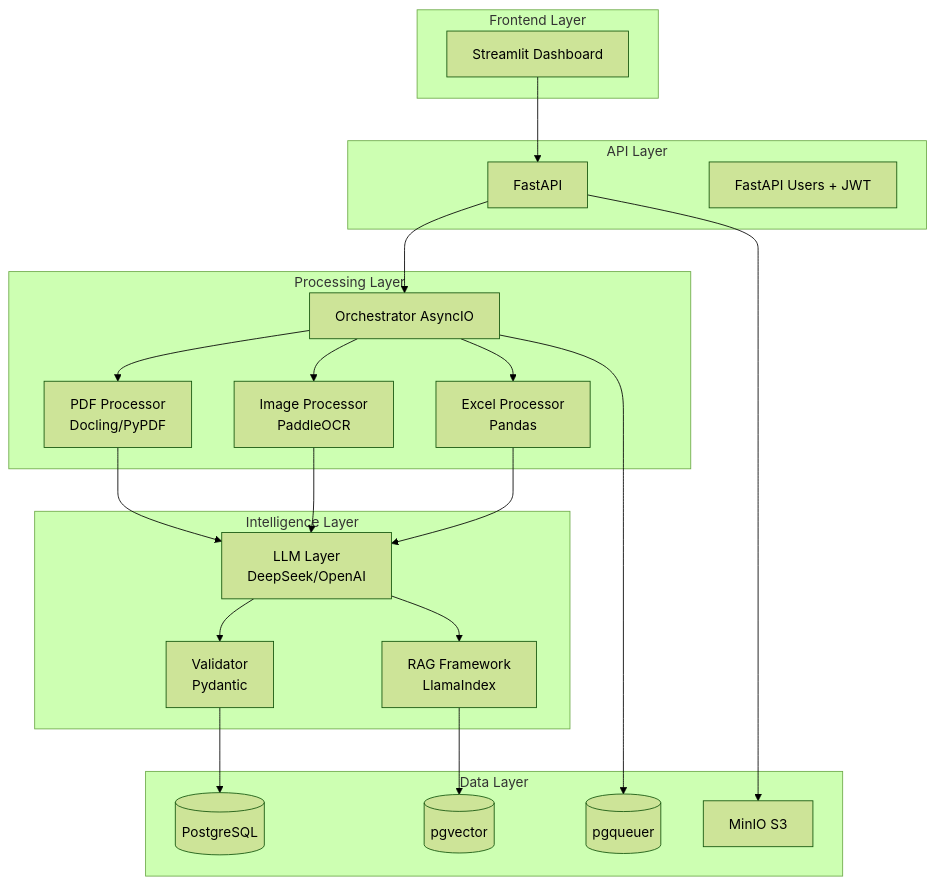
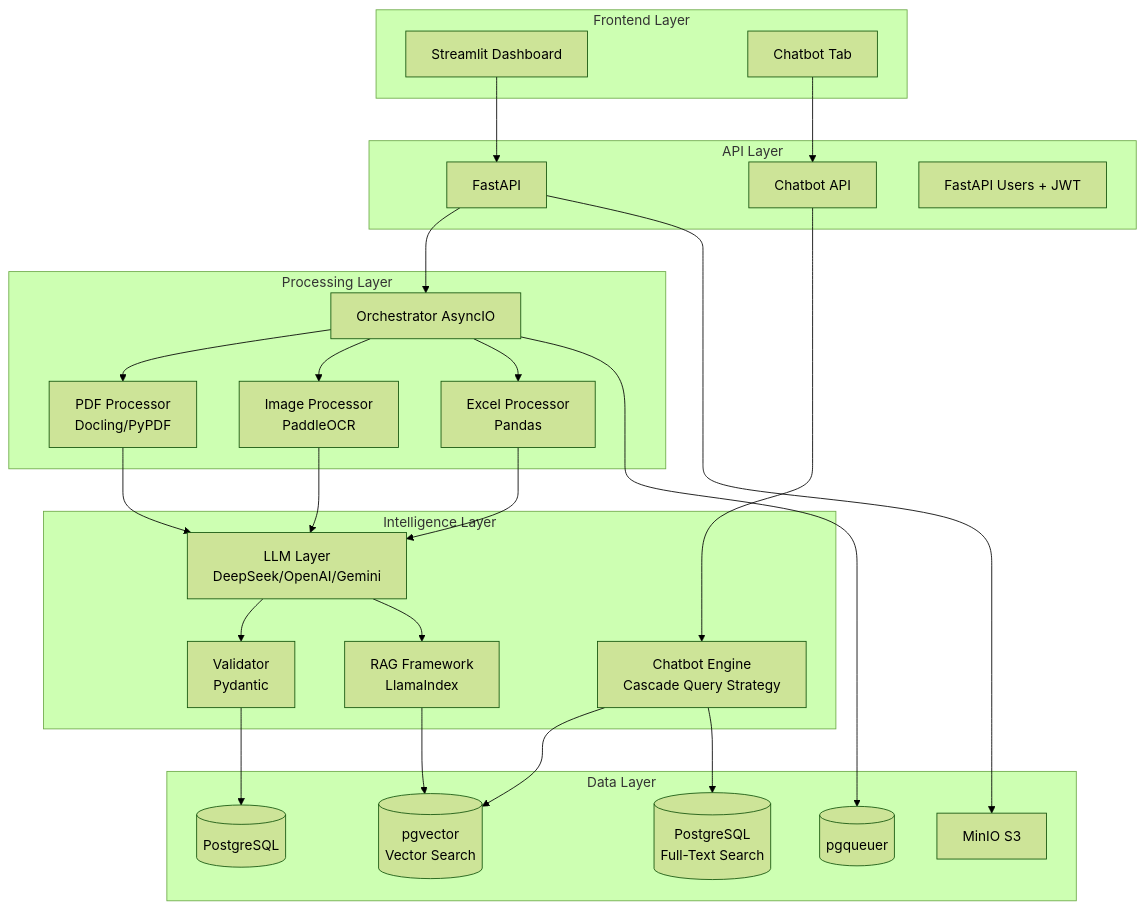
Before and after one commit to klam55108-oss/AI-Document-Invoice-System-with-OCR: the first of 2 diagrams in docs/tech-stack.md, drawn with Mermaid (forest theme). The commit also changed other lines of this file and 5 other files, not shown here.

Commit message:
docs: Add query strategy analysis and update documentation with workflow diagrams

````diff
--- a/docs/tech-stack.md
+++ b/docs/tech-stack.md
@@ -9,46 +9,54 @@
 ```mermaid
 graph TB
     subgraph "Frontend Layer"
         UI[Streamlit Dashboard]
+        Chat[Chatbot Tab]
     end
     
     subgraph "API Layer"
         API[FastAPI]
+        ChatAPI[Chatbot API]
         Auth[FastAPI Users + JWT]
     end
     
     subgraph "Processing Layer"
         Orch[Orchestrator AsyncIO]
         PDF[PDF Processor<br/>Docling/PyPDF]
         IMG[Image Processor<br/>PaddleOCR]
         XLS[Excel Processor<br/>Pandas]
     end
     
     subgraph "Intelligence Layer"
-        LLM[LLM Layer<br/>DeepSeek/OpenAI]
+        LLM[LLM Layer<br/>DeepSeek/OpenAI/Gemini]
         RAG[RAG Framework<br/>LlamaIndex]
+        ChatEngine[Chatbot Engine<br/>Cascade Query Strategy]
         Valid[Validator<br/>Pydantic]
     end
     
     subgraph "Data Layer"
         PG[(PostgreSQL)]
-        Vec[(pgvector)]
+        Vec[(pgvector<br/>Vector Search)]
+        FTS[(PostgreSQL<br/>Full-Text Search)]
         Queue[(pgqueuer)]
         Minio[MinIO S3]
     end
     
     UI --> API
+    Chat --> ChatAPI
+    ChatAPI --> ChatEngine
     API --> Orch
     Orch --> PDF
     Orch --> IMG
     Orch --> XLS
     PDF --> LLM
     IMG --> LLM
     XLS --> LLM
     LLM --> Valid
     LLM --> RAG
+    ChatEngine --> Vec
+    ChatEngine --> FTS
     RAG --> Vec
     Valid --> PG
     Orch --> Queue
     API --> Minio
 ```
````
